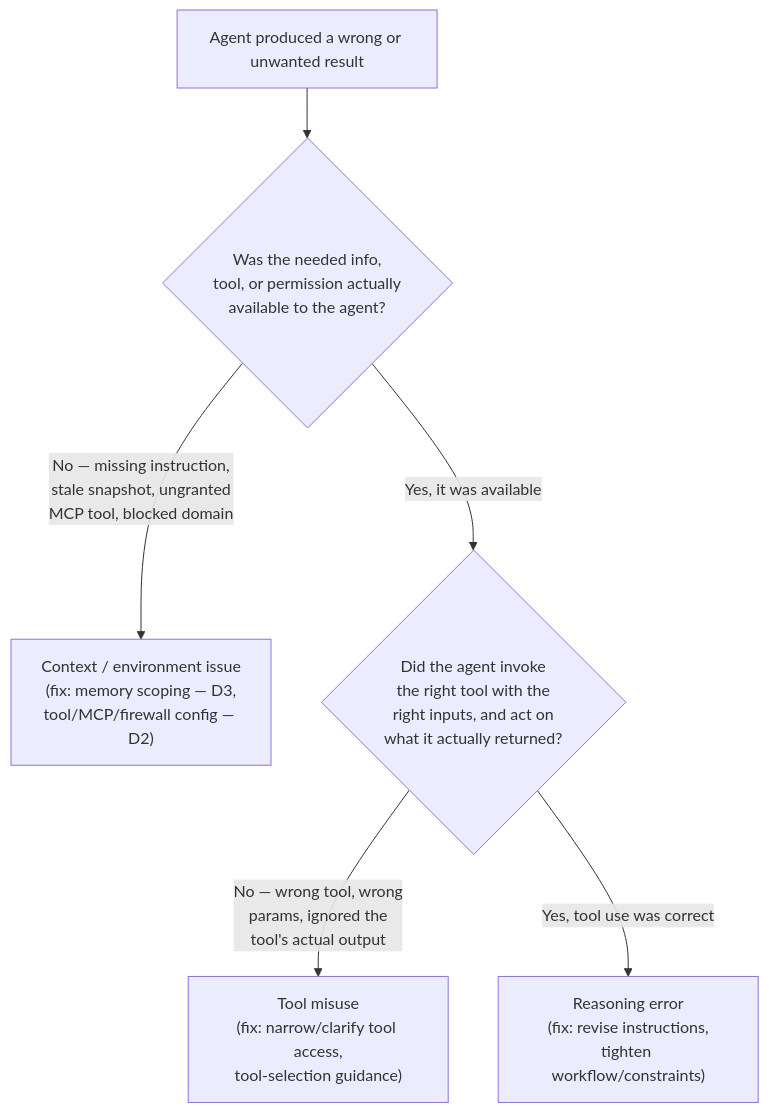
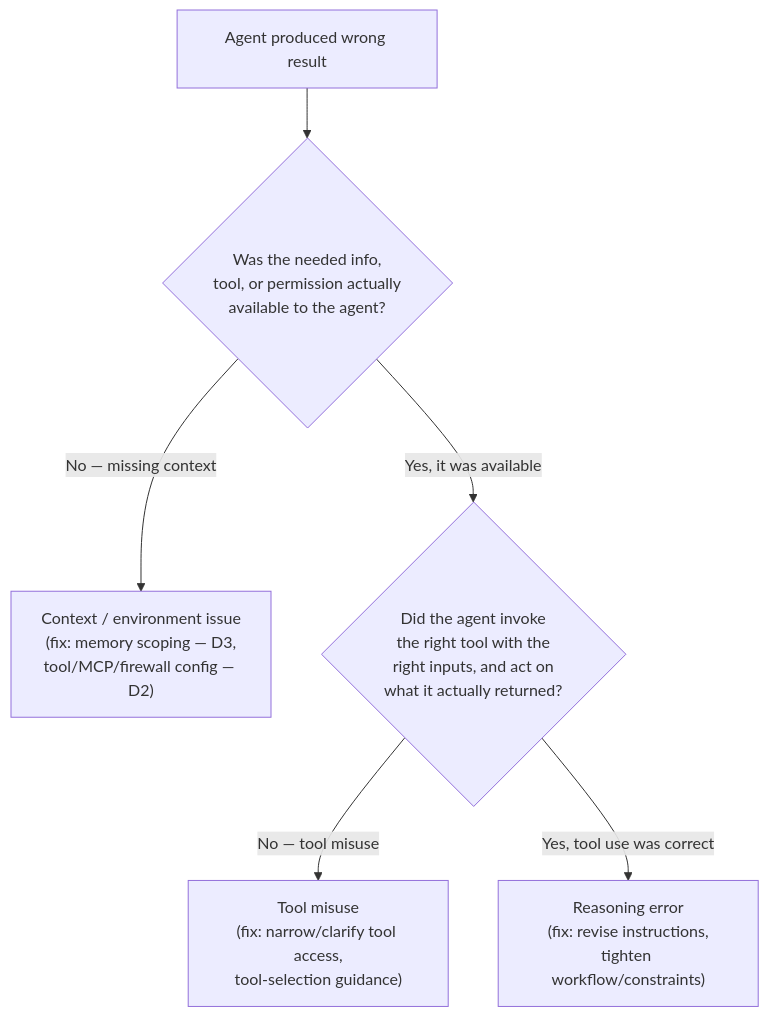
Before and after one commit to ajeetchouksey/ajch_skillup: the second of 2 diagrams in content/skillup/gh600/notes/gh600-d4-perform-evaluation-error-analysis-and-tuning.md, drawn with Mermaid. The commit also changed other lines of this file and 6 other files, not shown here.

First line of the commit message:
fix(gh600): diagram-craft QA pass — fix violations, add captions to all 11 diagrams

````diff
--- a/content/skillup/gh600/notes/gh600-d4-perform-evaluation-error-analysis-and-tuning.md
+++ b/content/skillup/gh600/notes/gh600-d4-perform-evaluation-error-analysis-and-tuning.md
@@ -113,8 +114,8 @@
 ```mermaid
 flowchart TD
-    F["Agent produced a wrong or unwanted result"] --> Q1{"Was the needed info,<br/>tool, or permission actually<br/>available to the agent?"}
-    Q1 -->|"No — missing instruction,<br/>stale snapshot, ungranted<br/>MCP tool, blocked domain"| CTX["Context / environment issue<br/>(fix: memory scoping — D3,<br/>tool/MCP/firewall config — D2)"]
+    F["Agent produced wrong result"] --> Q1{"Was the needed info,<br/>tool, or permission actually<br/>available to the agent?"}
+    Q1 -->|"No — missing context"| CTX["Context / environment issue<br/>(fix: memory scoping — D3,<br/>tool/MCP/firewall config — D2)"]
     Q1 -->|"Yes, it was available"| Q2{"Did the agent invoke<br/>the right tool with the<br/>right inputs, and act on<br/>what it actually returned?"}
-    Q2 -->|"No — wrong tool, wrong<br/>params, ignored the<br/>tool's actual output"| TOOL["Tool misuse<br/>(fix: narrow/clarify tool access,<br/>tool-selection guidance)"]
+    Q2 -->|"No — tool misuse"| TOOL["Tool misuse<br/>(fix: narrow/clarify tool access,<br/>tool-selection guidance)"]
     Q2 -->|"Yes, tool use was correct"| REASON["Reasoning error<br/>(fix: revise instructions,<br/>tighten workflow/constraints)"]
 ```
````
